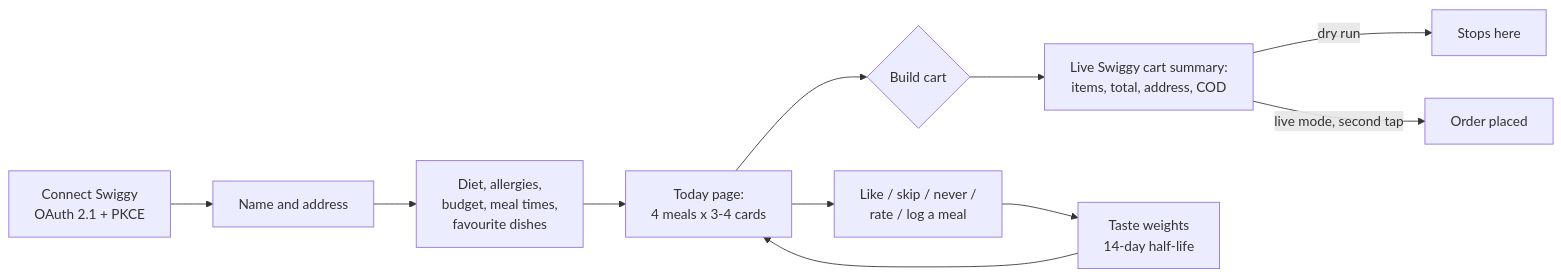
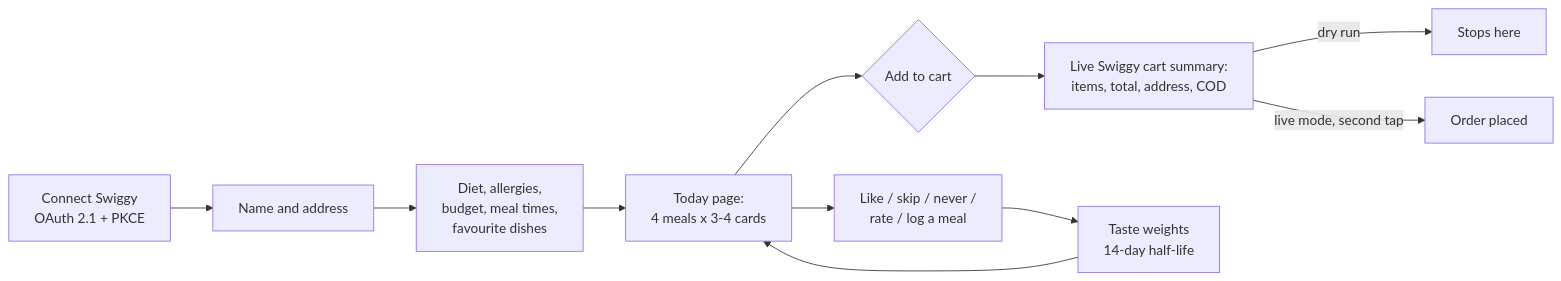
Before and after one commit to JTiscodin/ForkCast: the first of 6 diagrams in README.md, drawn with Mermaid. The commit also changed other lines of this file and 71 other files, not shown here.

````diff
--- a/README.md
+++ b/README.md
@@ -72,13 +72,13 @@
 ```mermaid
 flowchart LR
     A[Connect Swiggy<br/>OAuth 2.1 + PKCE] --> B[Name and address]
     B --> C[Diet, allergies,<br/>budget, meal times,<br/>favourite dishes]
     C --> D[Today page:<br/>4 meals x 3-4 cards]
-    D --> E{Build cart}
+    D --> E{Add to cart}
     E --> F[Live Swiggy cart summary:<br/>items, total, address, COD]
     F -->|dry run| G[Stops here]
     F -->|live mode, second tap| H[Order placed]
     D --> I[Like / skip / never /<br/>rate / log a meal]
     I --> J[Taste weights<br/>14-day half-life]
     J --> D
 ```
````
